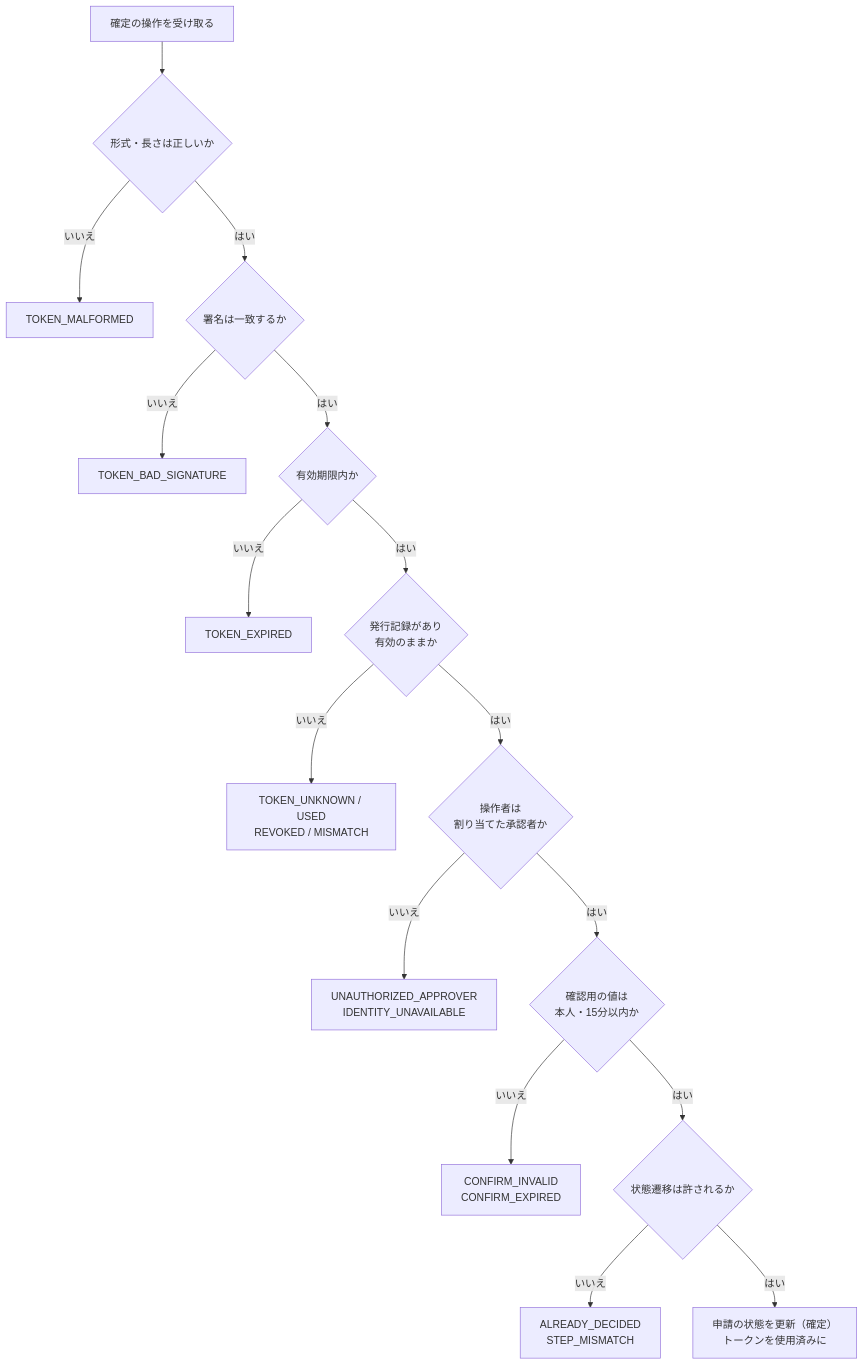
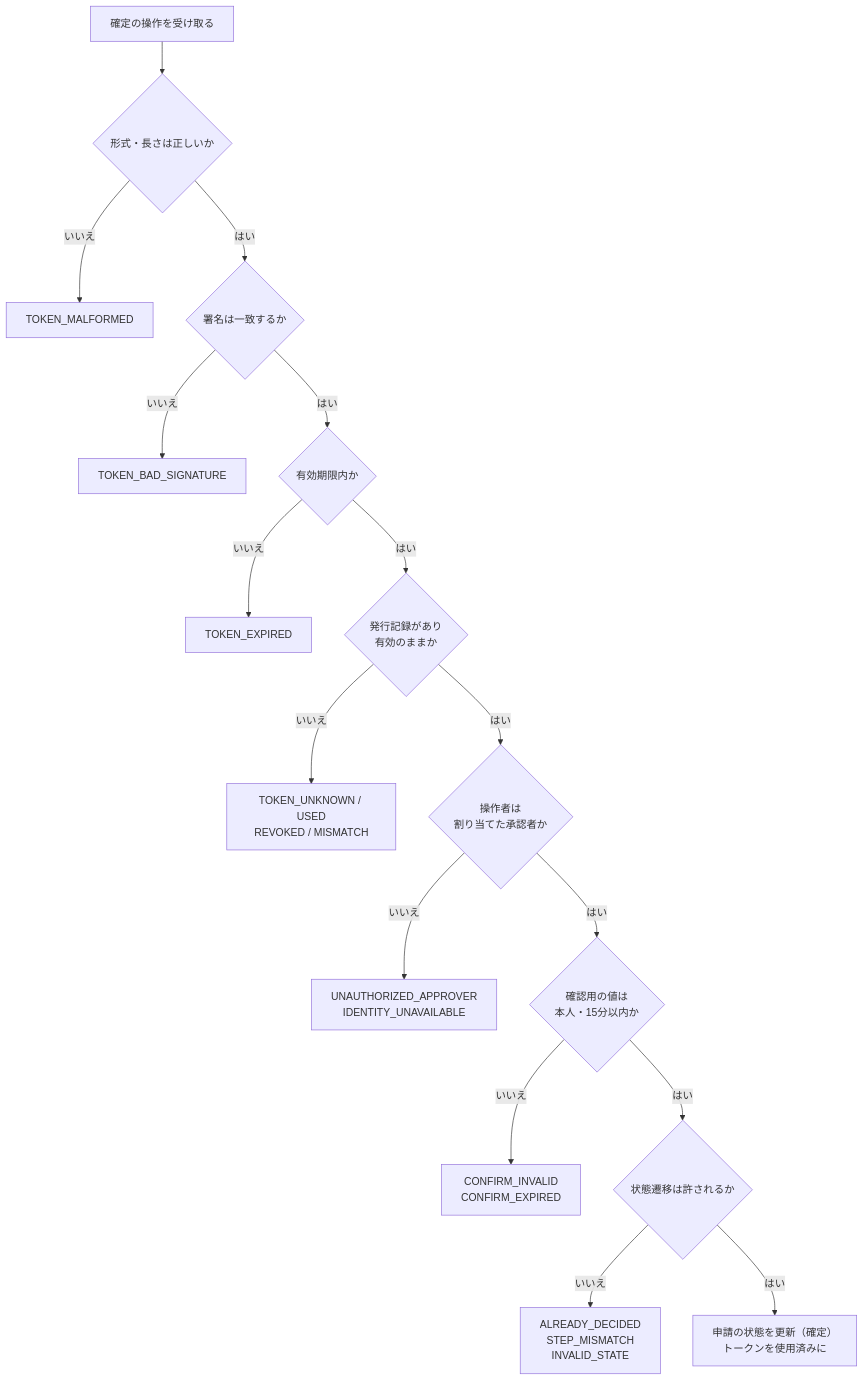
One commit to takato-y/gas-approval-workflow changed the second of 2 diagrams in docs/03_詳細設計.md. Above: the diagram before and after it, drawn with Mermaid. The commit also changed other lines of this file and 7 other files, not shown here.

````diff
--- a/docs/03_詳細設計.md
+++ b/docs/03_詳細設計.md
@@ -68,18 +69,18 @@
 ```mermaid
 flowchart TD
   開始["確定の操作を受け取る"] --> 形式{"形式・長さは正しいか"}
   形式 -- いいえ --> 拒否1["TOKEN_MALFORMED"]
   形式 -- はい --> 署名{"署名は一致するか"}
   署名 -- いいえ --> 拒否2["TOKEN_BAD_SIGNATURE"]
   署名 -- はい --> 期限{"有効期限内か"}
   期限 -- いいえ --> 拒否3["TOKEN_EXPIRED"]
   期限 -- はい --> 記録{"発行記録があり<br/>有効のままか"}
   記録 -- いいえ --> 拒否4["TOKEN_UNKNOWN / USED<br/>REVOKED / MISMATCH"]
   記録 -- はい --> 本人{"操作者は<br/>割り当てた承認者か"}
   本人 -- いいえ --> 拒否5["UNAUTHORIZED_APPROVER<br/>IDENTITY_UNAVAILABLE"]
   本人 -- はい --> 確認値{"確認用の値は<br/>本人・15分以内か"}
   確認値 -- いいえ --> 拒否6["CONFIRM_INVALID<br/>CONFIRM_EXPIRED"]
   確認値 -- はい --> 状態{"状態遷移は許されるか"}
-  状態 -- いいえ --> 拒否7["ALREADY_DECIDED<br/>STEP_MISMATCH"]
+  状態 -- いいえ --> 拒否7["ALREADY_DECIDED<br/>STEP_MISMATCH<br/>INVALID_STATE"]
   状態 -- はい --> 更新["申請の状態を更新（確定）<br/>トークンを使用済みに"]
 ```
````
